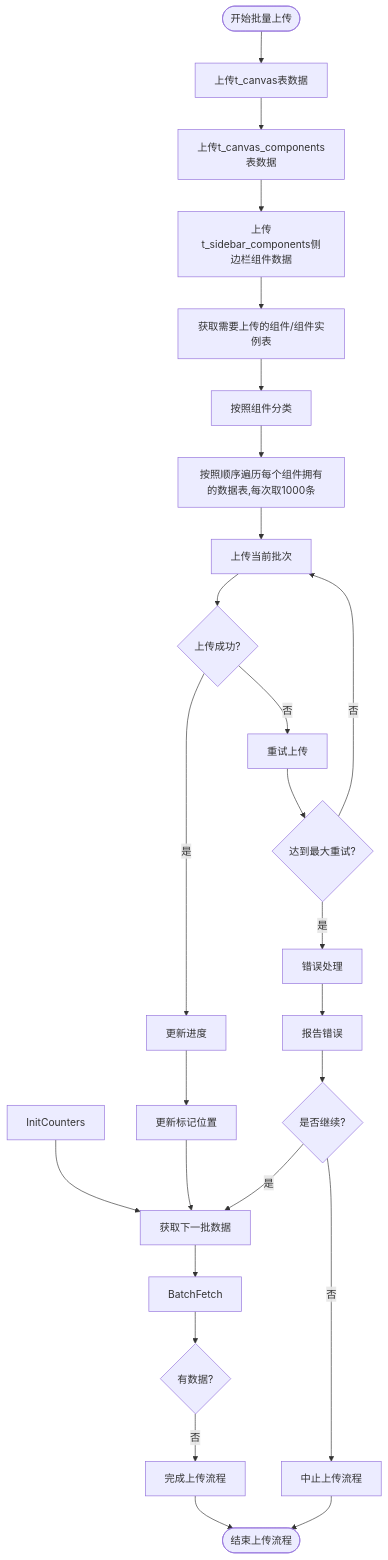
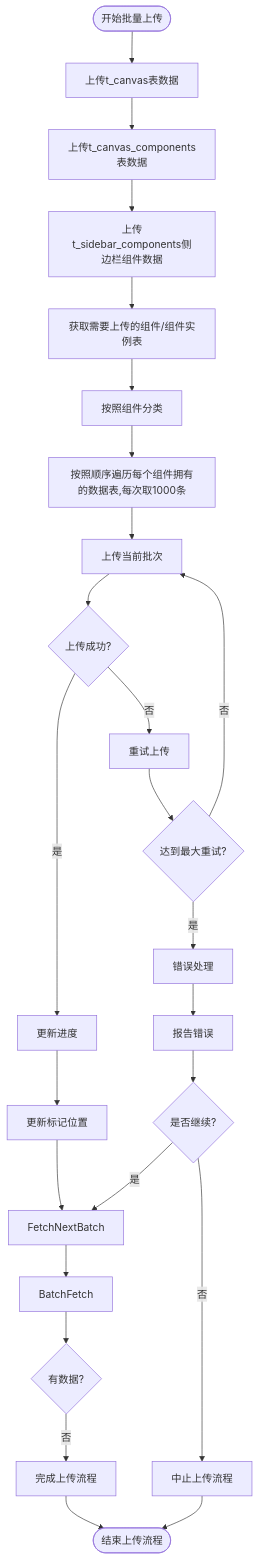
One commit to yingjianzh/iodraw-files changed the diagram in all/未命名-51.md. Above: the diagram before and after it, drawn with Mermaid.

Commit message:
2025-05-08 17:31:53 update

````diff
--- a/all/未命名-51.md
+++ b/all/未命名-51.md
@@ -1,37 +1,36 @@
 ```mermaid
 flowchart TD
     Start([开始批量上传]) --> UploadSpaceData[上传t_canvas表数据]
     UploadSpaceData --> UploadComponentListData[上传t_canvas_components表数据]
     UploadComponentListData --> UploadSiderComponent[上传t_sidebar_components侧边栏组件数据]
     UploadSiderComponent --> FetchData[获取需要上传的组件/组件实例表]
     FetchData --> ClassifyData[按照组件分类]
     ClassifyData --> UploadData[按照顺序遍历每个组件拥有的数据表,每次取1000条]
     UploadData --> UploadBatch[上传当前批次]
-    InitCounters --> FetchNextBatch[获取下一批数据]
     
     
     FetchNextBatch --> BatchFetch
     
     BatchFetch --> CheckResults{有数据?}
     CheckResults -->|否| CompleteUpload[完成上传流程]
      
     
     UploadBatch --> UploadSuccess{上传成功?}
     UploadSuccess -->|是| UpdateProgress[更新进度]
     UploadSuccess -->|否| RetryUpload[重试上传]
     
     RetryUpload --> MaxRetries{达到最大重试?}
     MaxRetries -->|否| UploadBatch
     MaxRetries -->|是| ErrorHandling[错误处理]
     
     ErrorHandling --> ReportError[报告错误]
     ReportError --> ContinueOption{是否继续?}
     ContinueOption -->|是| FetchNextBatch
     ContinueOption -->|否| AbortProcess[中止上传流程]
     
     UpdateProgress --> UpdateMarker[更新标记位置]
     UpdateMarker --> FetchNextBatch
     
     CompleteUpload --> End([结束上传流程])
     AbortProcess --> End
 ```
````
